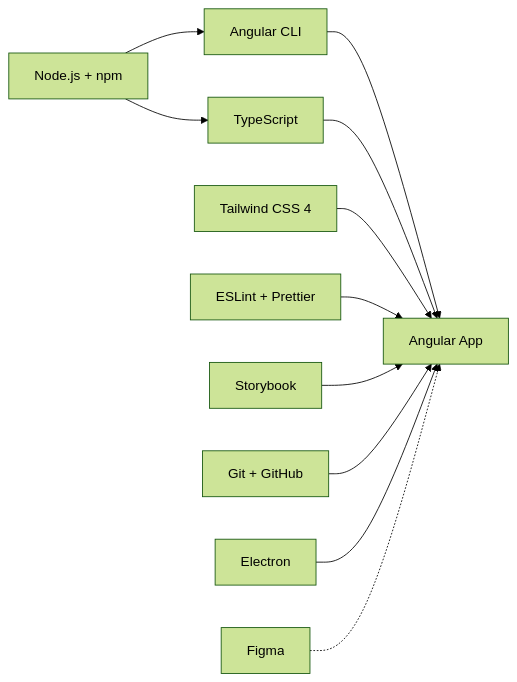
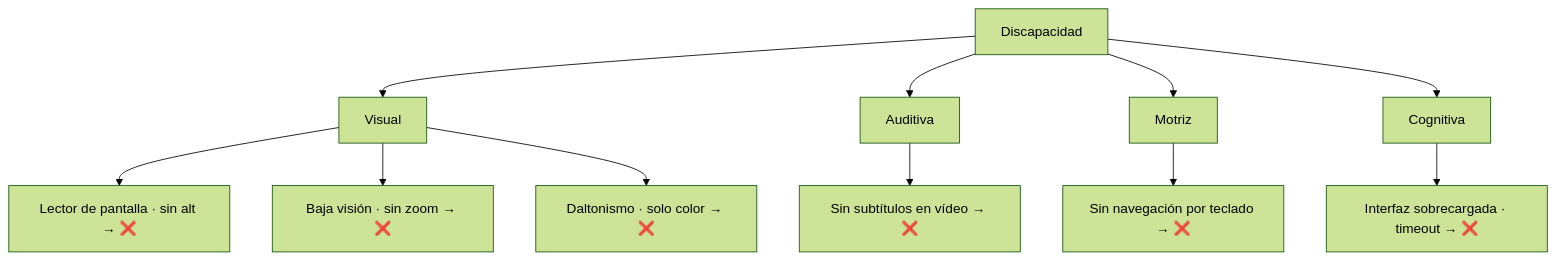
Before and after one commit to Jose-Quesada/presentacion-desarrollo-interfaces-26-27: the first of 4 diagrams in unidad-02.md, drawn with Mermaid (forest theme). The commit also changed other lines of this file and 52 other files, not shown here.

```diff
--- a/unidad-02.md
+++ b/unidad-02.md
@@ -61,13 +49,13 @@
 <div class="mermaid">
-graph LR
-  A[Node.js + npm] --> B[Angular CLI]
-  A --> C[TypeScript]
-  B --> D[Angular App]
-  C --> D
-  E[Tailwind CSS 4] --> D
-  F[ESLint + Prettier] --> D
-  G[Storybook] --> D
-  H[Git + GitHub] --> D
-  I[Electron] --> D
-  J[Figma] -.-> D
+graph TD
+    A[Discapacidad] --> B[Visual]
+    A --> C[Auditiva]
+    A --> D[Motriz]
+    A --> E[Cognitiva]
+    B --> B1[Lector de pantalla · sin alt → ❌]
+    B --> B2[Baja visión · sin zoom → ❌]
+    B --> B3[Daltonismo · solo color → ❌]
+    C --> C1[Sin subtítulos en vídeo → ❌]
+    D --> D1[Sin navegación por teclado → ❌]
+    E --> E1[Interfaz sobrecargada · timeout → ❌]
 </div>
```
